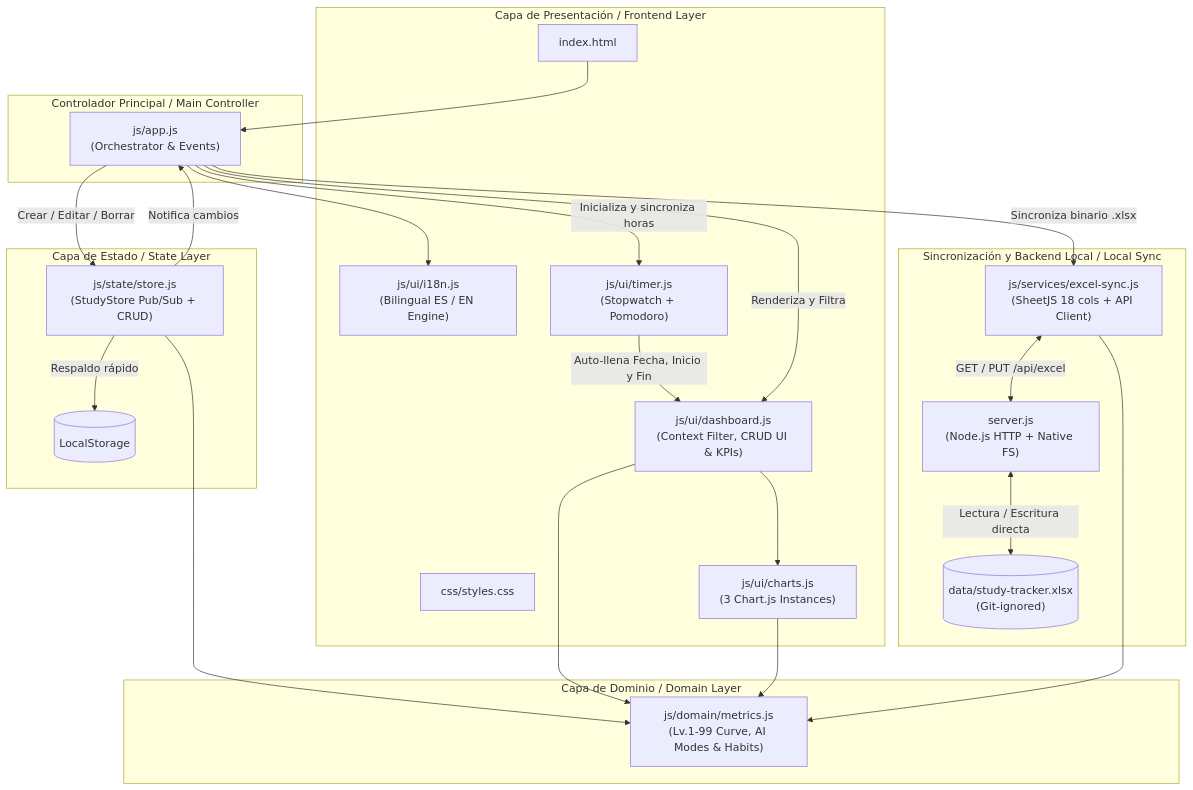
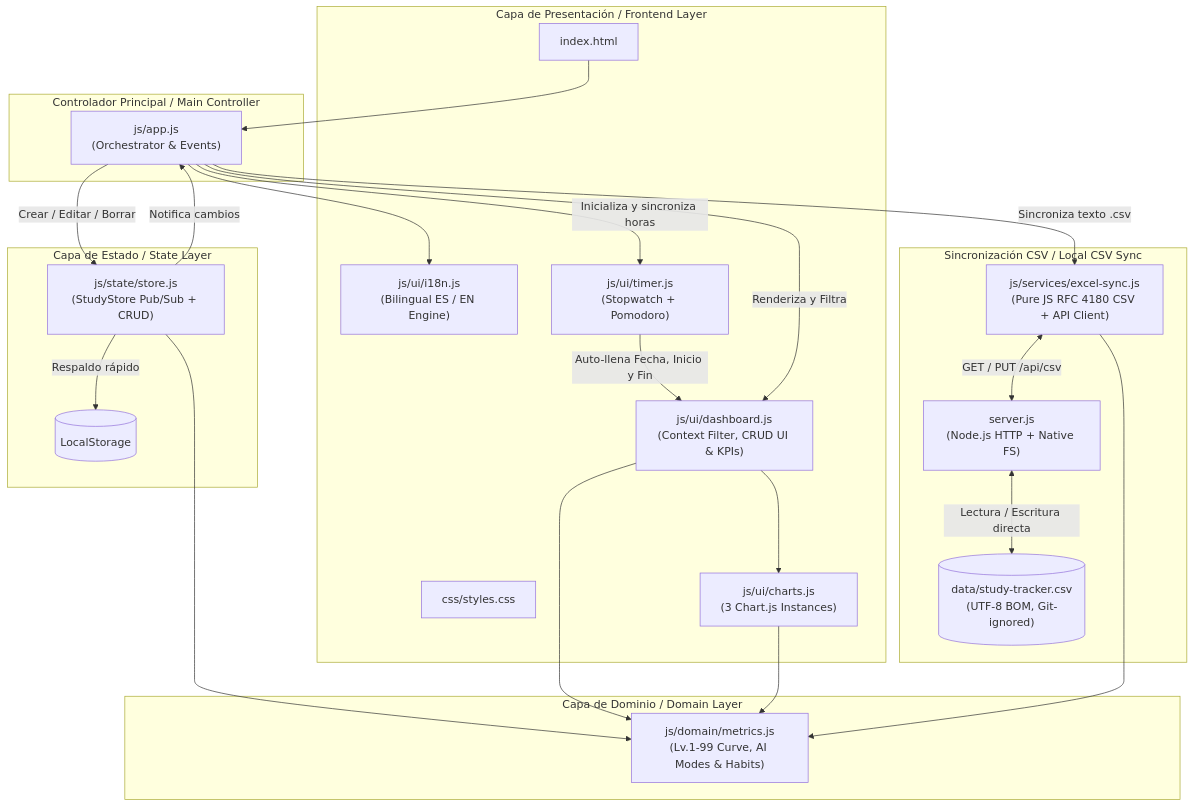
One commit to carloamezcua/study-tracker changed the diagram in README.md. Above: the diagram before and after it, drawn with Mermaid. The commit also changed other lines of this file and 7 other files, not shown here.

Commit message:
refactor(csv): migra persistencia de Excel (.xlsx) a CSV nativo sin SheetJS y actualiza documentacion

````diff
--- a/README.md
+++ b/README.md
@@ -54,47 +73,47 @@
 ```mermaid
 flowchart TD
     subgraph UI["Capa de Presentación / Frontend Layer"]
         HTML["index.html"]
         CSS["css/styles.css"]
         I18N["js/ui/i18n.js\n(Bilingual ES / EN Engine)"]
         TIMER["js/ui/timer.js\n(Stopwatch + Pomodoro)"]
         DASH["js/ui/dashboard.js\n(Context Filter, CRUD UI & KPIs)"]
         CHARTS["js/ui/charts.js\n(3 Chart.js Instances)"]
     end
 
     subgraph Controller["Controlador Principal / Main Controller"]
         APP["js/app.js\n(Orchestrator & Events)"]
     end
 
     subgraph State["Capa de Estado / State Layer"]
         STORE["js/state/store.js\n(StudyStore Pub/Sub + CRUD)"]
         LS[("LocalStorage")]
     end
 
     subgraph Domain["Capa de Dominio / Domain Layer"]
         METRICS["js/domain/metrics.js\n(Lv.1-99 Curve, AI Modes & Habits)"]
     end
 
-    subgraph Sync["Sincronización y Backend Local / Local Sync"]
-        SYNC["js/services/excel-sync.js\n(SheetJS 18 cols + API Client)"]
+    subgraph Sync["Sincronización CSV / Local CSV Sync"]
+        SYNC["js/services/excel-sync.js\n(Pure JS RFC 4180 CSV + API Client)"]
         SERVER["server.js\n(Node.js HTTP + Native FS)"]
-        XLSX[("data/study-tracker.xlsx\n(Git-ignored)")]
+        CSV[("data/study-tracker.csv\n(UTF-8 BOM, Git-ignored)")]
     end
 
     HTML --> APP
     APP --> I18N
     APP -->|Inicializa y sincroniza horas| TIMER
     TIMER -->|Auto-llena Fecha, Inicio y Fin| DASH
     APP -->|Crear / Editar / Borrar| STORE
     STORE -->|Respaldo rápido| LS
     STORE -->|Notifica cambios| APP
     APP -->|Renderiza y Filtra| DASH
     DASH --> CHARTS
-    APP -->|Sincroniza binario .xlsx| SYNC
-    SYNC <-->|GET / PUT /api/excel| SERVER
-    SERVER <-->|Lectura / Escritura directa| XLSX
+    APP -->|Sincroniza texto .csv| SYNC
+    SYNC <-->|GET / PUT /api/csv| SERVER
+    SERVER <-->|Lectura / Escritura directa| CSV
     STORE --> METRICS
     DASH --> METRICS
     CHARTS --> METRICS
     SYNC --> METRICS
 ```
````
